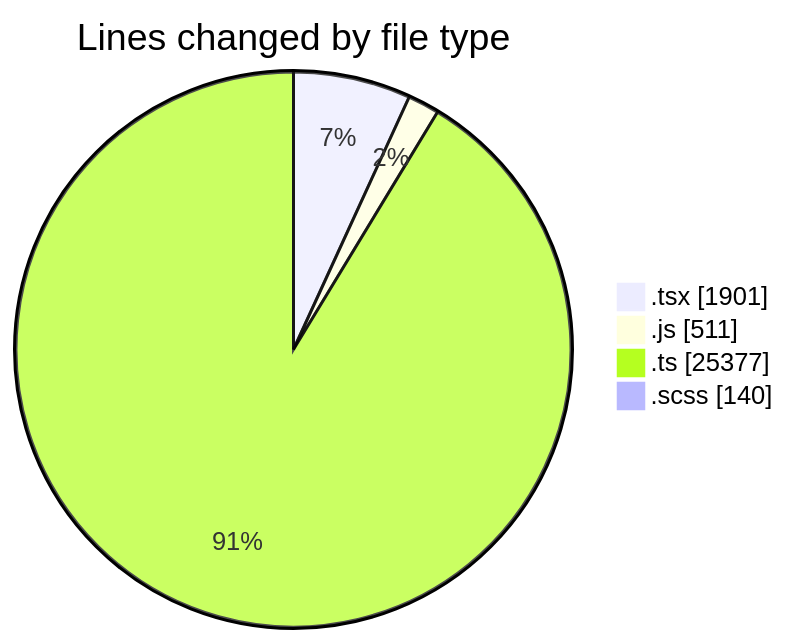
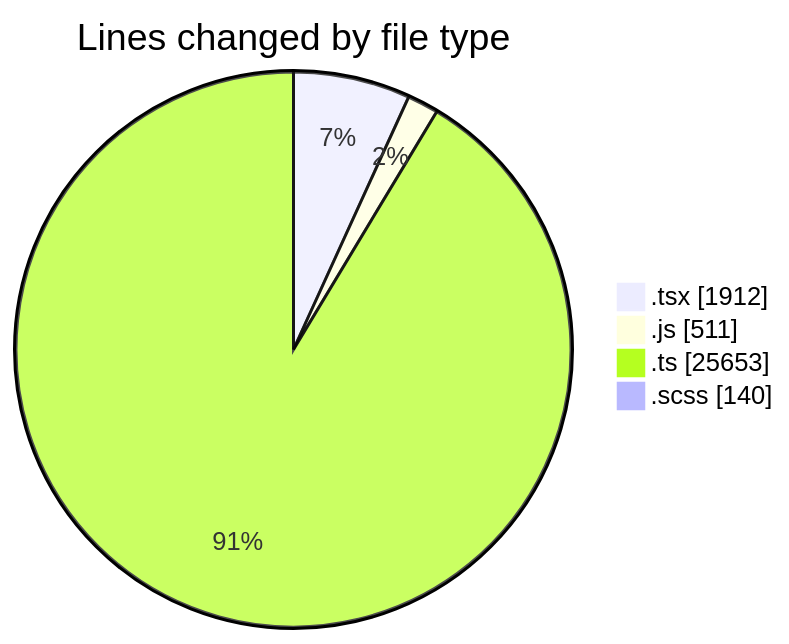
One commit to momahboobian/code-tracking changed the first of 2 diagrams in 2025-06-30/cda/README.md. Above: the diagram before and after it, drawn with Mermaid. The commit also changed other lines of this file and 1 other file, not shown here.

````diff
--- a/2025-06-30/cda/README.md
+++ b/2025-06-30/cda/README.md
@@ -39,8 +39,8 @@
 ```mermaid
 pie showData
 title Lines changed by file type
-".tsx" : 1901
+".tsx" : 1912
 ".js" : 511
-".ts" : 25377
+".ts" : 25653
 ".scss" : 140
 ```
````
